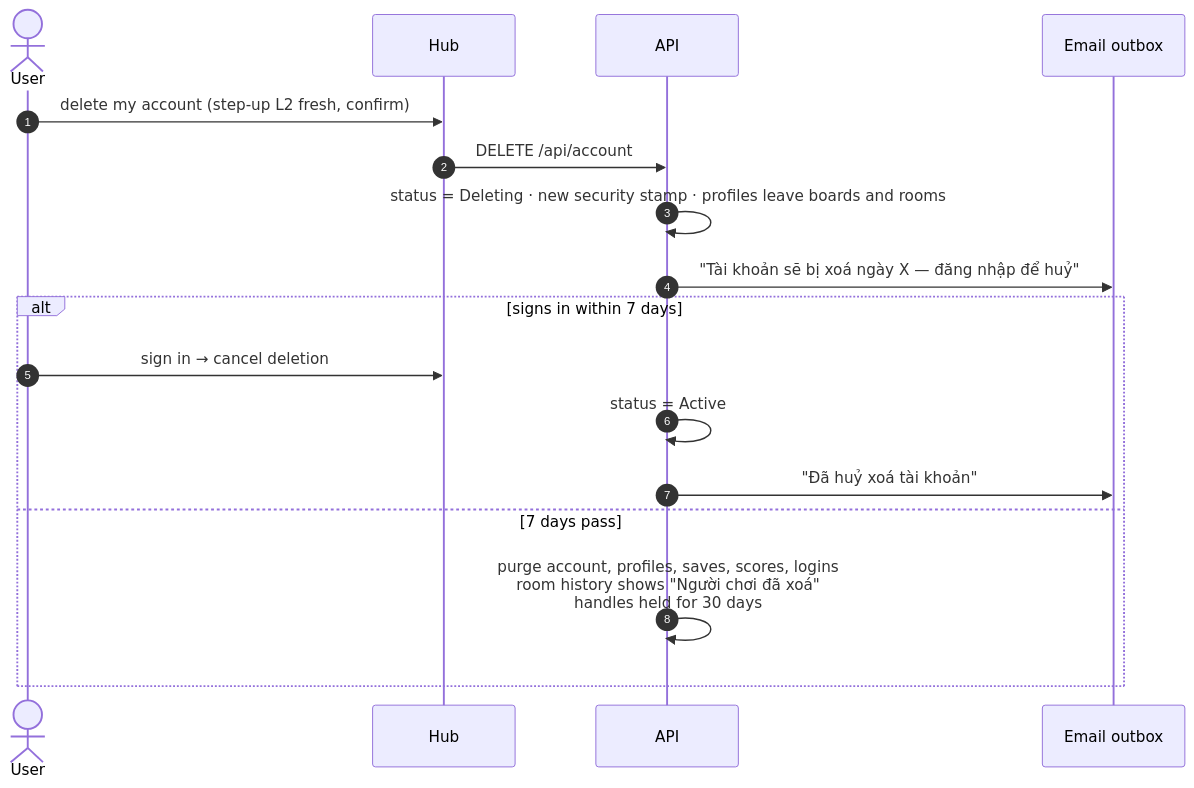
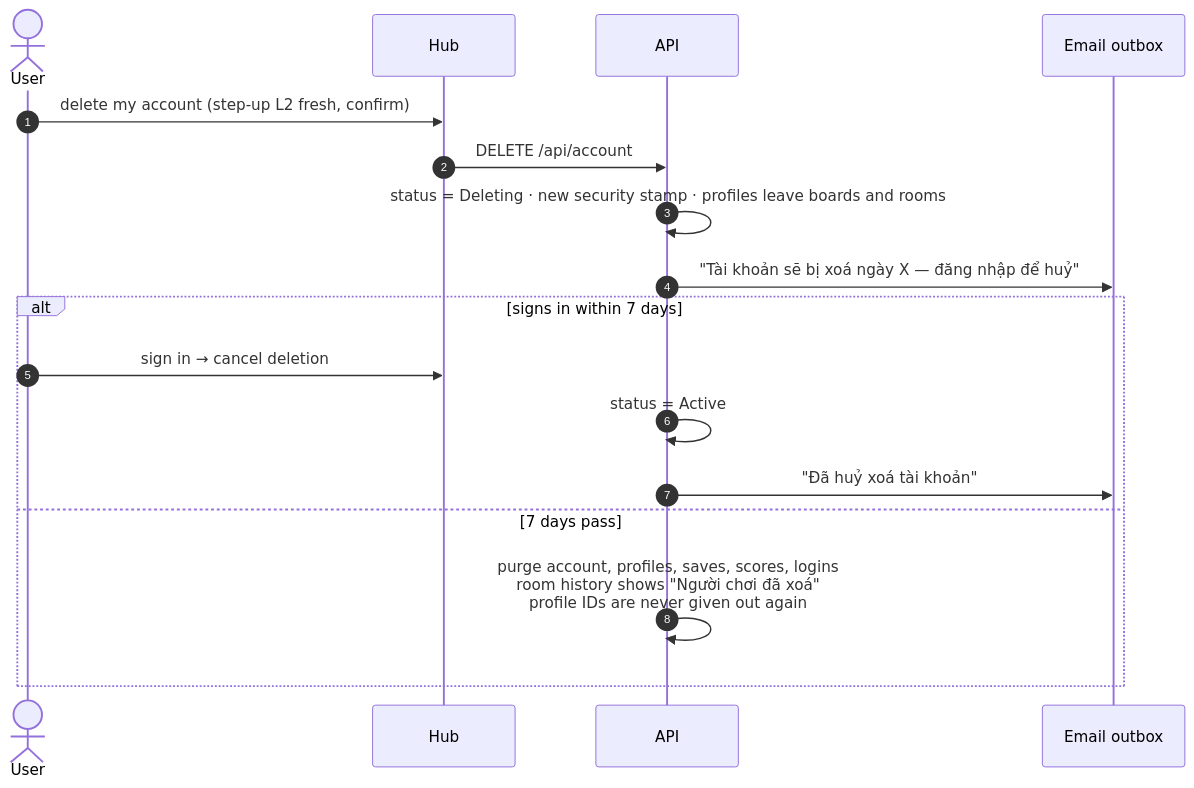
Before and after one commit to vinh466/tohe-play: diagram 13 of 14 in plans/public-launch/design.md, drawn with Mermaid. The commit also changed other lines of this file and 17 other files, not shown here.

First line of the commit message:
docs(plans): profile IDs, the integrity engine, and the owner's calls

````diff
--- a/plans/public-launch/design.md
+++ b/plans/public-launch/design.md
@@ -358,19 +363,19 @@
 ```mermaid
 sequenceDiagram
   autonumber
   actor U as User
   participant H as Hub
   participant A as API
   participant M as Email outbox
   U->>H: delete my account (step-up L2 fresh, confirm)
   H->>A: DELETE /api/account
   A->>A: status = Deleting · new security stamp · profiles leave boards and rooms
   A->>M: "Tài khoản sẽ bị xoá ngày X — đăng nhập để huỷ"
   alt signs in within 7 days
     U->>H: sign in → cancel deletion
     A->>A: status = Active
     A->>M: "Đã huỷ xoá tài khoản"
   else 7 days pass
-    A->>A: purge account, profiles, saves, scores, logins<br/>room history shows "Người chơi đã xoá"<br/>handles held for 30 days
+    A->>A: purge account, profiles, saves, scores, logins<br/>room history shows "Người chơi đã xoá"<br/>profile IDs are never given out again
   end
 ```
````
